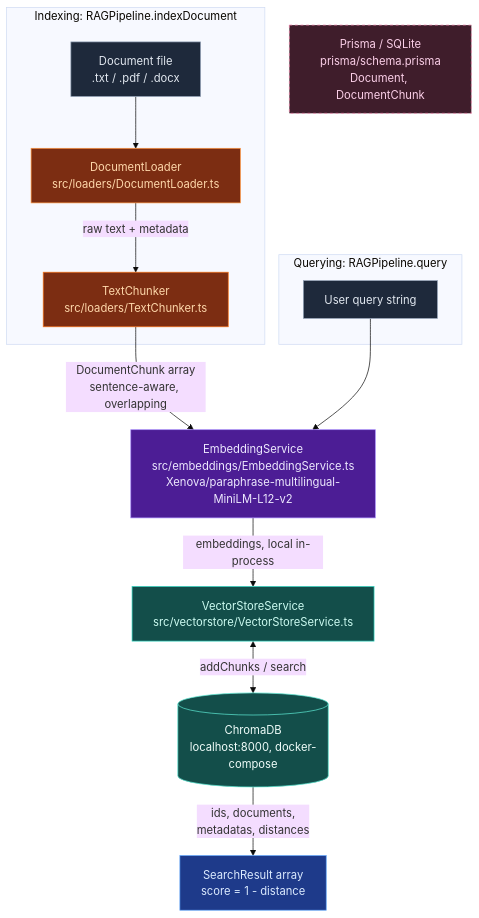
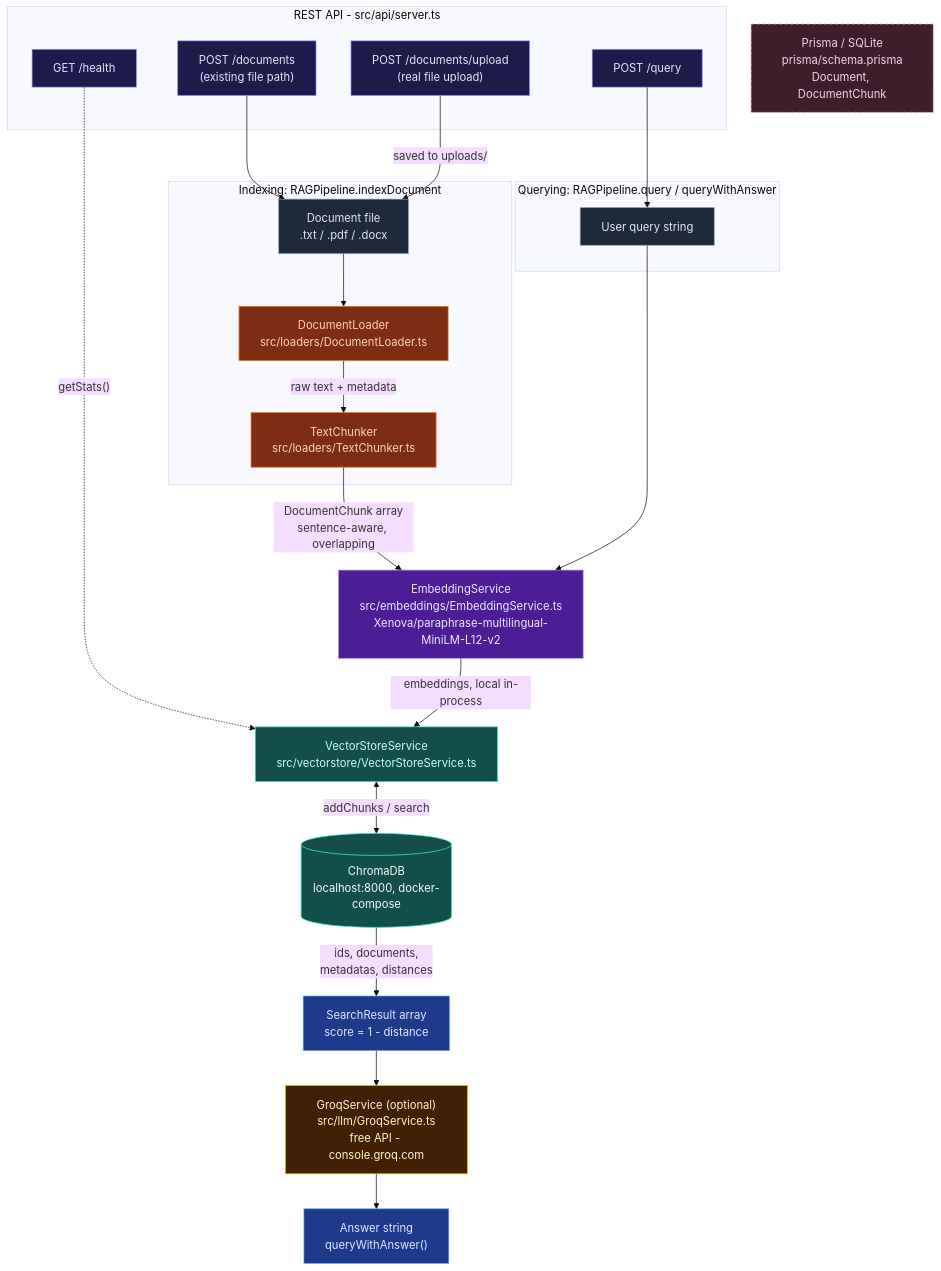
Before and after one commit to vzan2012/multilingual-rag-pipeline: the diagram in README.md, drawn with Mermaid (base theme). The commit also changed other lines of this file and 6 other files, not shown here.

First line of the commit message:
Add real file upload endpoint, fix Groq model default, docs pass

````diff
--- a/README.md
+++ b/README.md
@@ -7,38 +7,57 @@
 ```mermaid
 flowchart TB
+    subgraph API["REST API - src/api/server.ts"]
+        API1["POST /documents<br/>(existing file path)"]
+        API4["POST /documents/upload<br/>(real file upload)"]
+        API2["POST /query"]
+        API3["GET /health"]
+    end
+
     subgraph Indexing["Indexing: RAGPipeline.indexDocument"]
         A["Document file<br/>.txt / .pdf / .docx"] --> B["DocumentLoader<br/>src/loaders/DocumentLoader.ts"]
         B -->|"raw text + metadata"| C["TextChunker<br/>src/loaders/TextChunker.ts"]
     end
 
-    subgraph Querying["Querying: RAGPipeline.query"]
+    subgraph Querying["Querying: RAGPipeline.query / queryWithAnswer"]
         Q["User query string"]
     end
+
+    API1 --> A
+    API4 -->|"saved to uploads/"| A
+    API2 --> Q
+    API3 -.->|"getStats()"| E
 
     C -->|"DocumentChunk array<br/>sentence-aware, overlapping"| D
     Q --> D["EmbeddingService<br/>src/embeddings/EmbeddingService.ts<br/>Xenova/paraphrase-multilingual-MiniLM-L12-v2"]
 
     D -->|"embeddings, local in-process"| E["VectorStoreService<br/>src/vectorstore/VectorStoreService.ts"]
     E <-->|"addChunks / search"| F[("ChromaDB<br/>localhost:8000, docker-compose")]
     F -->|"ids, documents,<br/>metadatas, distances"| G["SearchResult array<br/>score = 1 - distance"]
 
+    G --> H["GroqService (optional)<br/>src/llm/GroqService.ts<br/>free API - console.groq.com"]
+    H --> I["Answer string<br/>queryWithAnswer()"]
+
     P["Prisma / SQLite<br/>prisma/schema.prisma<br/>Document, DocumentChunk"]
 
+    class API1,API2,API3,API4 api
     class A,Q input
     class B loader
     class C chunker
     class D embed
     class E store
     class F chroma
-    class G result
+    class G,I result
+    class H llm
     class P unused
 
+    classDef api fill:#1e1b4b,stroke:#818cf8,color:#e0e7ff
     classDef input fill:#1e293b,stroke:#94a3b8,color:#e2e8f0
     classDef loader fill:#7c2d12,stroke:#fb923c,color:#fed7aa
     classDef chunker fill:#7c2d12,stroke:#f97316,color:#fed7aa
     classDef embed fill:#4c1d95,stroke:#a78bfa,color:#ede9fe
     classDef store fill:#134e4a,stroke:#2dd4bf,color:#ccfbf1
     classDef chroma fill:#134e4a,stroke:#5eead4,color:#f0fdfa
     classDef result fill:#1e3a8a,stroke:#60a5fa,color:#dbeafe
+    classDef llm fill:#422006,stroke:#eab308,color:#fef9c3
     classDef unused fill:#3f1d2b,stroke:#e879a3,color:#fbcfe8,stroke-dasharray: 4 4
 ```
````
